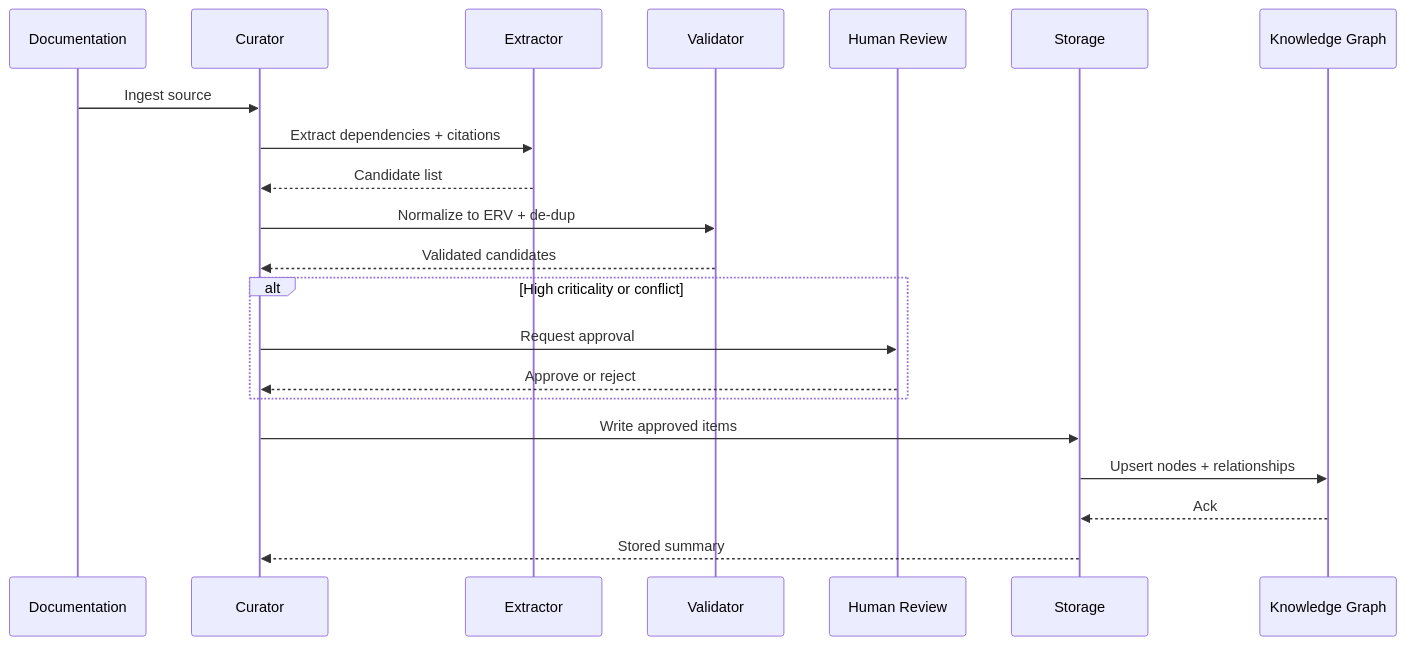
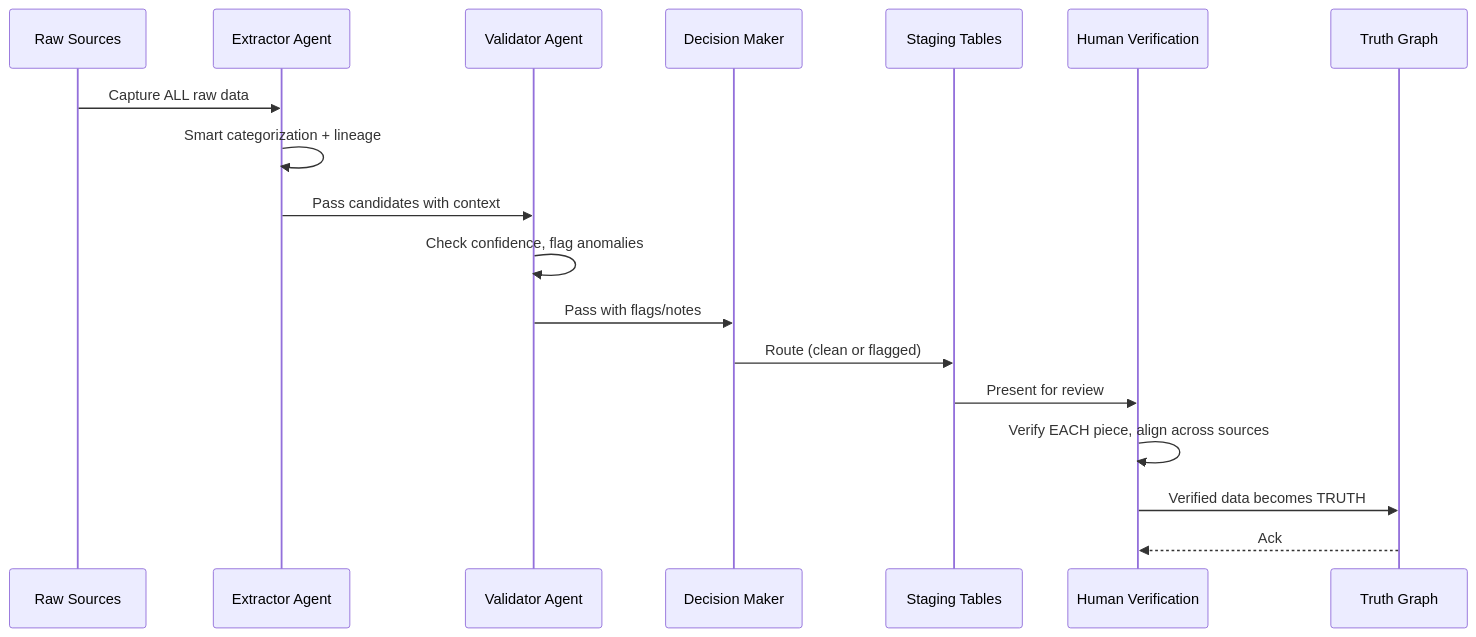
The second of 3 diagrams in README.md (Lizo-RoadTown/PROVES_LIBRARY), drawn with Mermaid before and after one commit. The commit also changed other lines of this file and 10 other files, not shown here.

First line of the commit message:
SWEEP: Truth Layer model - capture ALL, humans verify EVERY piece

````diff
--- a/README.md
+++ b/README.md
@@ -166,24 +173,21 @@
 ```mermaid
 sequenceDiagram
-  participant Doc as Documentation
-  participant Curator
-  participant Extractor
-  participant Validator
-  participant Review as Human Review
-  participant Storage
-  participant Graph as Knowledge Graph
+  participant Sources as Raw Sources
+  participant Extractor as Extractor Agent
+  participant Validator as Validator Agent
+  participant Decision as Decision Maker
+  participant Staging as Staging Tables
+  participant Human as Human Verification
+  participant Graph as Truth Graph
 
-  Doc->>Curator: Ingest source
-  Curator->>Extractor: Extract dependencies + citations
-  Extractor-->>Curator: Candidate list
-  Curator->>Validator: Normalize to ERV + de-dup
-  Validator-->>Curator: Validated candidates
-  alt High criticality or conflict
-    Curator->>Review: Request approval
-    Review-->>Curator: Approve or reject
-  end
-  Curator->>Storage: Write approved items
-  Storage->>Graph: Upsert nodes + relationships
-  Graph-->>Storage: Ack
-  Storage-->>Curator: Stored summary
+  Sources->>Extractor: Capture ALL raw data
+  Extractor->>Extractor: Smart categorization + lineage
+  Extractor->>Validator: Pass candidates with context
+  Validator->>Validator: Check confidence, flag anomalies
+  Validator->>Decision: Pass with flags/notes
+  Decision->>Staging: Route (clean or flagged)
+  Staging->>Human: Present for review
+  Human->>Human: Verify EACH piece, align across sources
+  Human->>Graph: Verified data becomes TRUTH
+  Graph-->>Human: Ack
 ```
````
